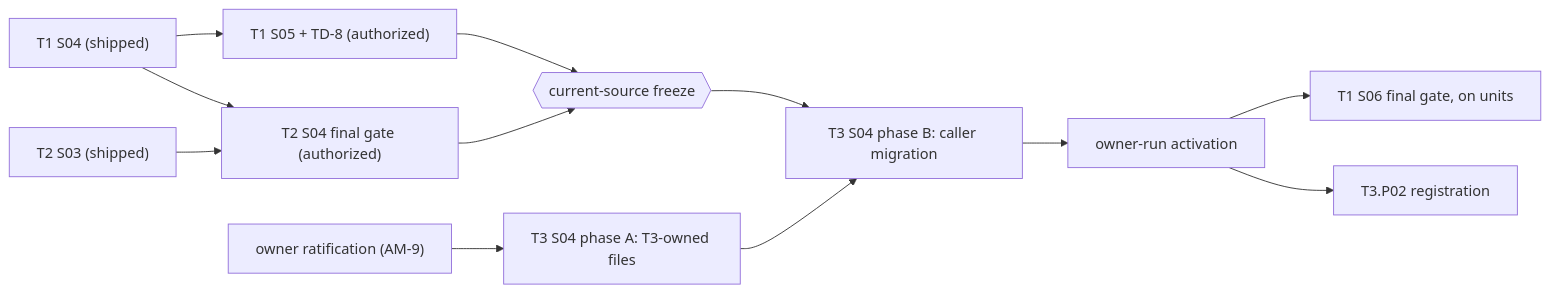
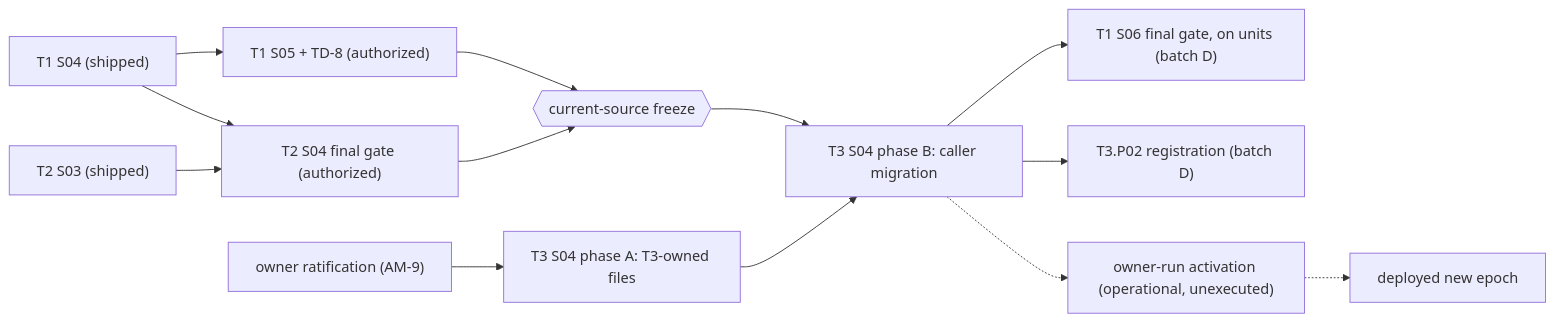
One commit to Biskiq/spatial-sketch-editor changed the fourth of 5 diagrams in docs/roadmap/cross-track-execution.md. Above: the diagram before and after it, drawn with Mermaid. The commit also changed other lines of this file and 14 other files, not shown here.

First line of the commit message:
docs(roadmap): authorize T1.P01.S06 and register T3.P02 with S01

````diff
--- a/docs/roadmap/cross-track-execution.md
+++ b/docs/roadmap/cross-track-execution.md
@@ -503,14 +509,15 @@
 ```mermaid
 flowchart LR
   P["T1 S04 (shipped)"] --> W["T1 S05 + TD-8 (authorized)"]
   UI["T2 S03 (shipped)"] --> T2F["T2 S04 final gate (authorized)"]
   P --> T2F
   W --> FRZ{{"current-source freeze"}}
   T2F --> FRZ
   RAT["owner ratification (AM-9)"] --> CA["T3 S04 phase A: T3-owned files"]
   CA --> CB["T3 S04 phase B: caller migration"]
   FRZ --> CB
-  CB --> ACT["owner-run activation"]
-  ACT --> G["T1 S06 final gate, on units"]
-  ACT --> PRE["T3.P02 registration"]
+  CB --> G["T1 S06 final gate, on units (batch D)"]
+  CB --> PRE["T3.P02 registration (batch D)"]
+  CB -.-> ACT["owner-run activation (operational, unexecuted)"]
+  ACT -.-> DEP["deployed new epoch"]
 ```
````
